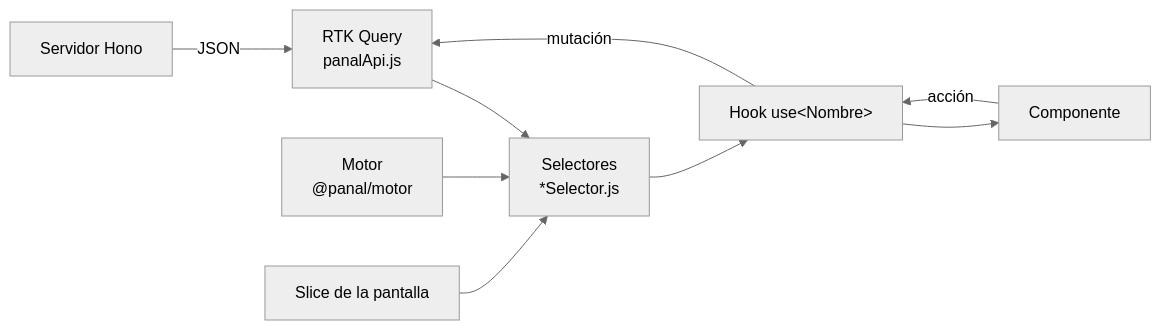
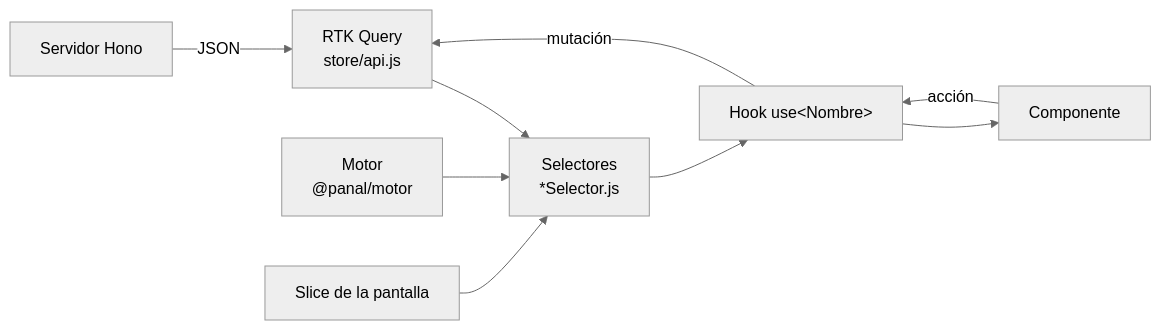
The diagram in docs/guias/frontend.md (mario-pereyra/panal), drawn with Mermaid (neutral theme) before and after one commit. The commit also changed other lines of this file and 261 other files, not shown here.

````diff
--- a/docs/guias/frontend.md
+++ b/docs/guias/frontend.md
@@ -61,11 +70,11 @@
 ```mermaid
 flowchart LR
-    S["Servidor Hono"] -->|JSON| Q["RTK Query<br/>panalApi.js"]
+    S["Servidor Hono"] -->|JSON| Q["RTK Query<br/>store/api.js"]
     Q --> SEL["Selectores<br/>*Selector.js"]
     M["Motor<br/>@panal/motor"] --> SEL
     SL["Slice de la pantalla"] --> SEL
     SEL --> H["Hook use&lt;Nombre&gt;"]
     H --> C["Componente"]
     C -->|acción| H
     H -->|mutación| Q
 ```
````
